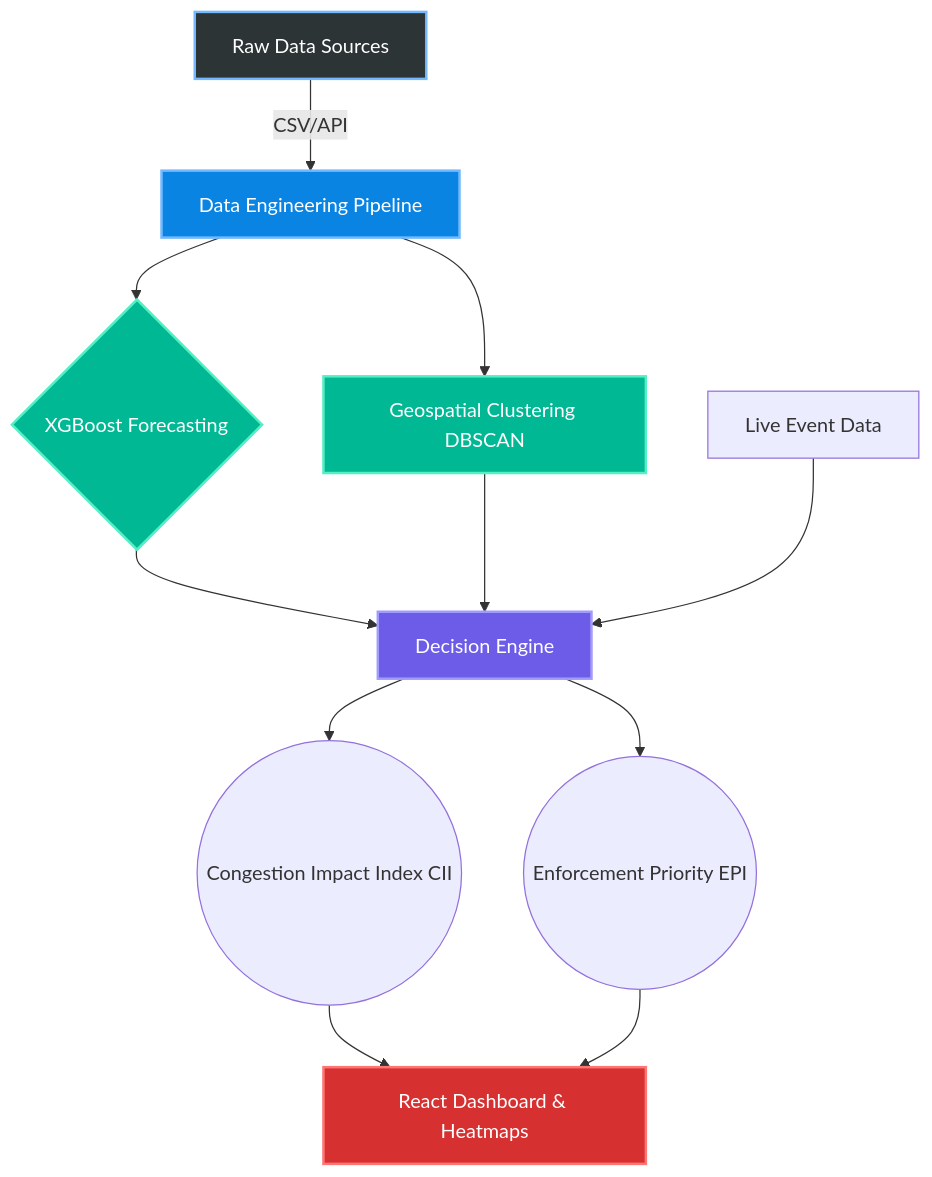
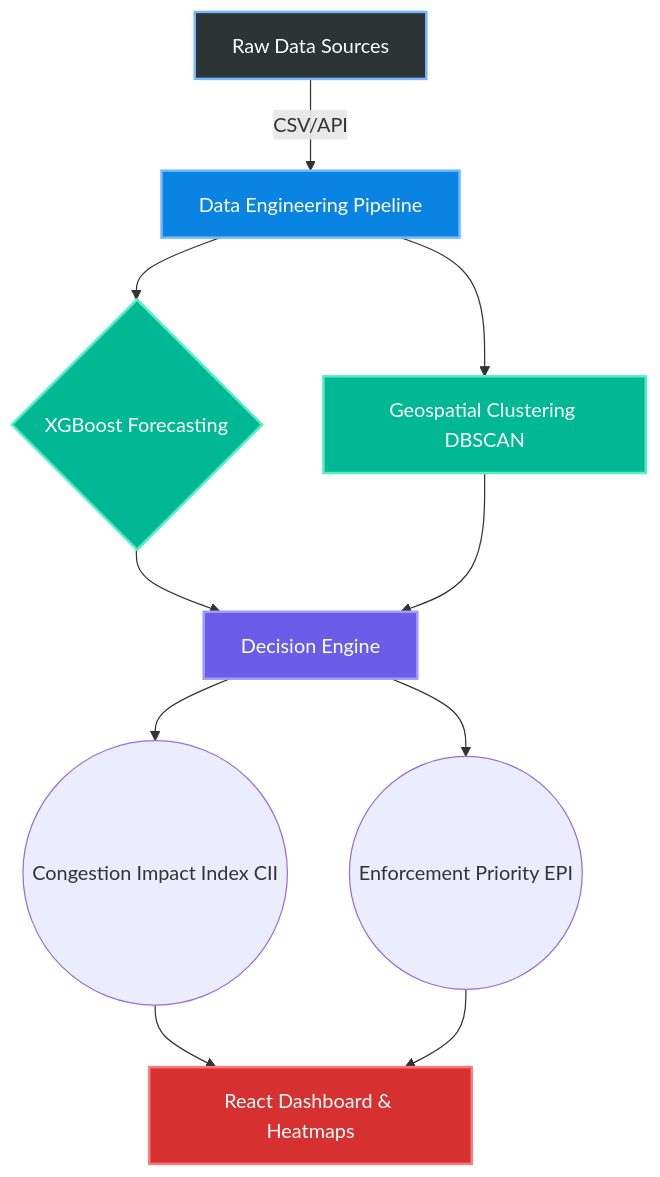
The first of 2 diagrams in README.md (sanyam-15/Parkplus), drawn with Mermaid before and after one commit. The commit also changed other lines of this file, not shown here.

````diff
--- a/README.md
+++ b/README.md
@@ -43,20 +43,19 @@
 ```mermaid
 graph TD;
     A[Raw Data Sources] -->|CSV/API| B[Data Engineering Pipeline]
     B --> C{XGBoost Forecasting}
     B --> D[Geospatial Clustering DBSCAN]
     C --> E[Decision Engine]
     D --> E
-    F[Live Event Data] --> E
     E --> G((Congestion Impact Index CII))
     E --> H((Enforcement Priority EPI))
     G --> I[React Dashboard & Heatmaps]
     H --> I
     
     style A fill:#2d3436,stroke:#74b9ff,stroke-width:2px,color:#fff
     style B fill:#0984e3,stroke:#74b9ff,stroke-width:2px,color:#fff
     style C fill:#00b894,stroke:#55efc4,stroke-width:2px,color:#fff
     style D fill:#00b894,stroke:#55efc4,stroke-width:2px,color:#fff
     style E fill:#6c5ce7,stroke:#a29bfe,stroke-width:2px,color:#fff
     style I fill:#d63031,stroke:#ff7675,stroke-width:2px,color:#fff
 ```
````
